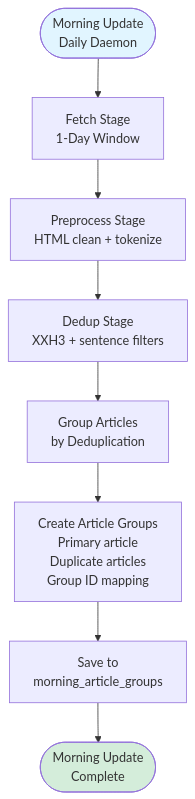
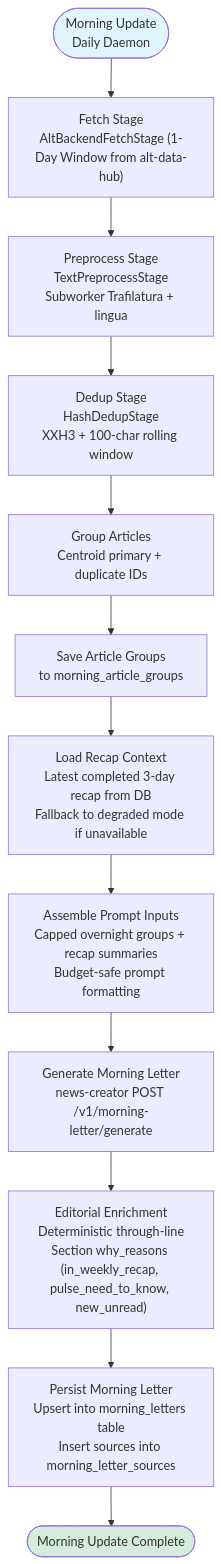
The fourth of 6 diagrams in recap-worker/recap-worker/PIPELINE_FLOW.md (Kaikei-e/Alt), drawn with Mermaid before and after one commit. The commit also changed other lines of this file and 4 other files, not shown here.

Commit message:
docs: refresh architecture, recap pipeline and testing diagrams

````diff
--- a/recap-worker/recap-worker/PIPELINE_FLOW.md
+++ b/recap-worker/recap-worker/PIPELINE_FLOW.md
@@ -216,19 +224,27 @@
 ```mermaid
 flowchart TB
-    MorningStart([Morning Update<br/>Daily Daemon]) --> MorningFetch[Fetch Stage<br/>1-Day Window]
+    MorningStart(["Morning Update<br/>Daily Daemon"]) --> MorningFetch["Fetch Stage<br/>AltBackendFetchStage (1-Day Window from alt-data-hub)"]
 
-    MorningFetch --> MorningPreprocess[Preprocess Stage<br/>HTML clean + tokenize]
+    MorningFetch --> MorningPreprocess["Preprocess Stage<br/>TextPreprocessStage<br/>Subworker Trafilatura + lingua"]
 
-    MorningPreprocess --> MorningDedup[Dedup Stage<br/>XXH3 + sentence filters]
+    MorningPreprocess --> MorningDedup["Dedup Stage<br/>HashDedupStage<br/>XXH3 + 100-char rolling window"]
 
-    MorningDedup --> GroupArticles[Group Articles<br/>by Deduplication]
+    MorningDedup --> GroupArticles["Group Articles<br/>Centroid primary + duplicate IDs"]
 
-    GroupArticles --> CreateGroups["Create Article Groups<br/>Primary article<br/>Duplicate articles<br/>Group ID mapping"]
+    GroupArticles --> SaveGroups["Save Article Groups<br/>to morning_article_groups"]
 
-    CreateGroups --> SaveGroups[Save to<br/>morning_article_groups]
+    SaveGroups --> LoadRecap["Load Recap Context<br/>Latest completed 3-day recap from DB<br/>Fallback to degraded mode if unavailable"]
 
-    SaveGroups --> MorningEnd([Morning Update<br/>Complete])
+    LoadRecap --> AssembleInput["Assemble Prompt Inputs<br/>Capped overnight groups + recap summaries<br/>Budget-safe prompt formatting"]
+
+    AssembleInput --> GenLetter["Generate Morning Letter<br/>news-creator POST /v1/morning-letter/generate"]
+
+    GenLetter --> EnrichEditorial["Editorial Enrichment<br/>Deterministic through-line<br/>Section why_reasons (in_weekly_recap, pulse_need_to_know, new_unread)"]
+
+    EnrichEditorial --> PersistLetter["Persist Morning Letter<br/>Upsert into morning_letters table<br/>Insert sources into morning_letter_sources"]
+
+    PersistLetter --> MorningEnd(["Morning Update Complete"])
 
     style MorningStart fill:#e1f5ff
     style MorningEnd fill:#d4edda
 ```
````
